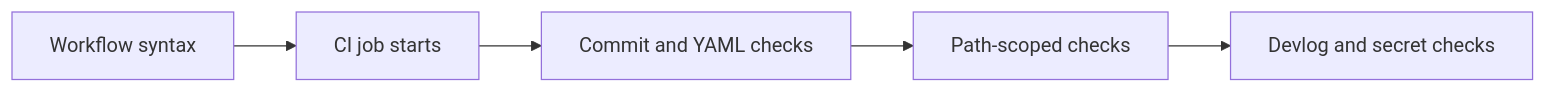
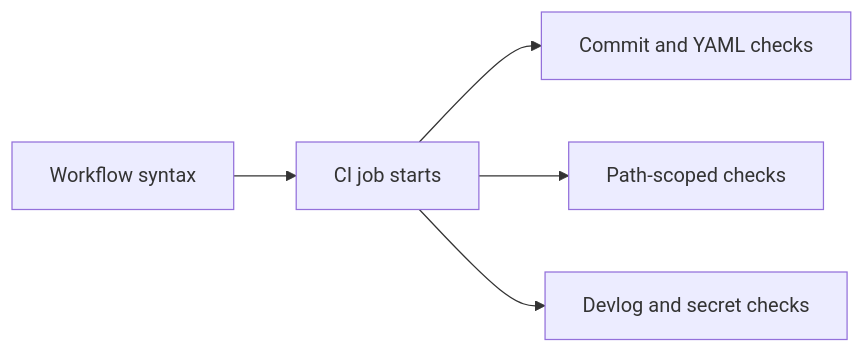
The diagram in docs/troubleshooting.md (thanhdu-hcmus/minishop-k8s), drawn with Mermaid before and after one commit. The commit also changed other lines of this file and 3 other files, not shown here.

````diff
--- a/docs/troubleshooting.md
+++ b/docs/troubleshooting.md
@@ -27,7 +28,7 @@
 ```mermaid
 flowchart LR
   A[Workflow syntax] --> B[CI job starts]
   B --> C[Commit and YAML checks]
-  C --> D[Path-scoped checks]
-  D --> E[Devlog and secret checks]
+  B --> D[Path-scoped checks]
+  B --> E[Devlog and secret checks]
 ```
````
